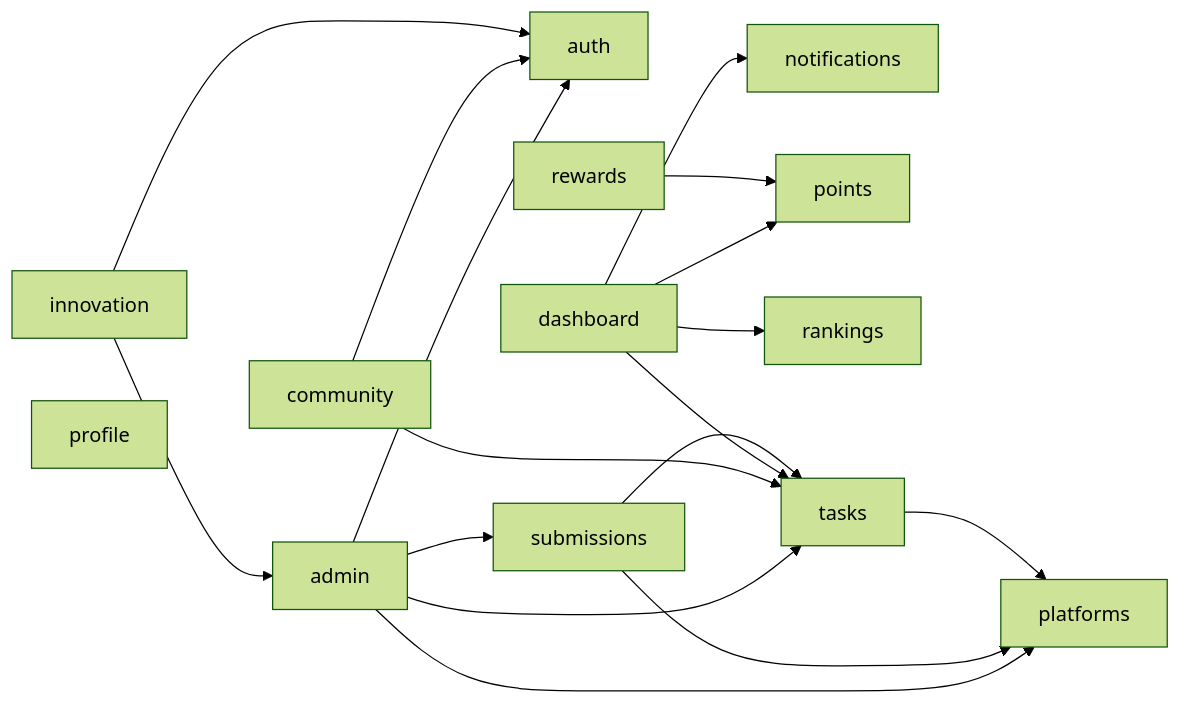
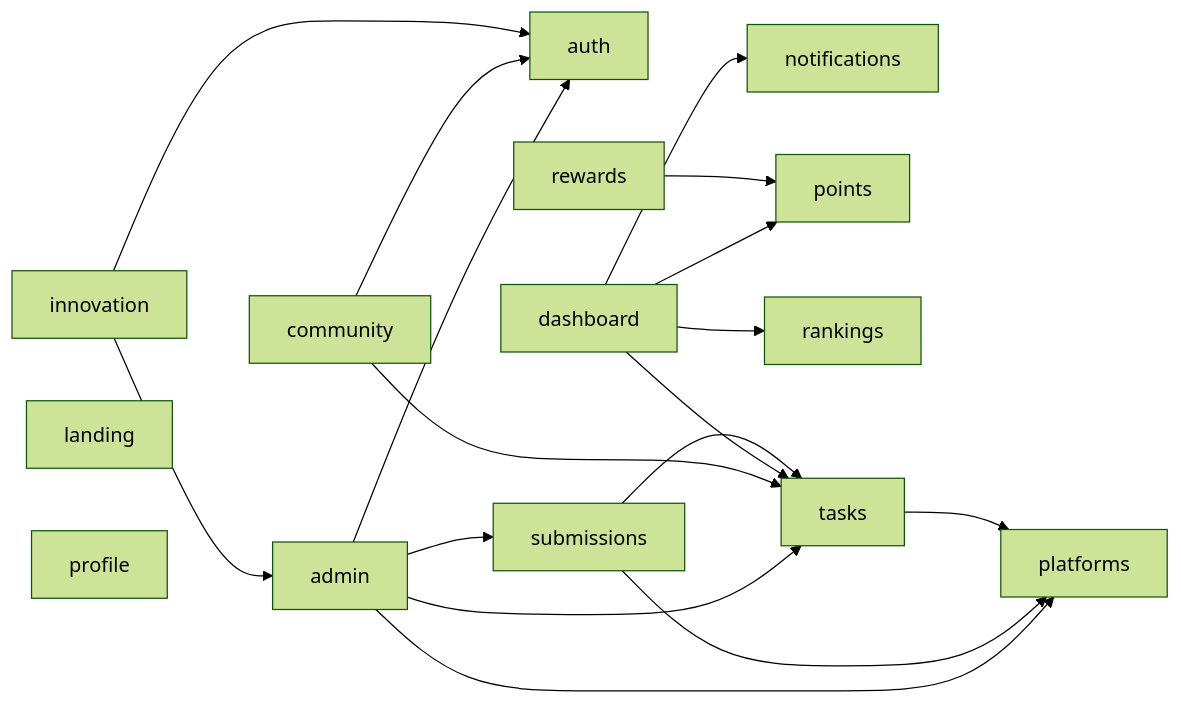
Before and after one commit to Penghuige/campus-quest: the second of 2 diagrams in docs/architecture/as-built.md, drawn with Mermaid (forest theme). The commit also changed other lines of this file and 145 other files, not shown here.

````diff
--- a/docs/architecture/as-built.md
+++ b/docs/architecture/as-built.md
@@ -122,32 +122,33 @@
 ```mermaid
 flowchart LR
     fe_admin[admin]
     fe_auth[auth]
     fe_community[community]
     fe_dashboard[dashboard]
     fe_innovation[innovation]
+    fe_landing[landing]
     fe_notifications[notifications]
     fe_platforms[platforms]
     fe_points[points]
     fe_profile[profile]
     fe_rankings[rankings]
     fe_rewards[rewards]
     fe_submissions[submissions]
     fe_tasks[tasks]
     fe_admin --> fe_auth
     fe_admin --> fe_platforms
     fe_admin --> fe_submissions
     fe_admin --> fe_tasks
     fe_community --> fe_auth
     fe_community --> fe_tasks
     fe_dashboard --> fe_notifications
     fe_dashboard --> fe_points
     fe_dashboard --> fe_rankings
     fe_dashboard --> fe_tasks
     fe_innovation --> fe_admin
     fe_innovation --> fe_auth
     fe_rewards --> fe_points
     fe_submissions --> fe_platforms
     fe_submissions --> fe_tasks
     fe_tasks --> fe_platforms
 ```
````
